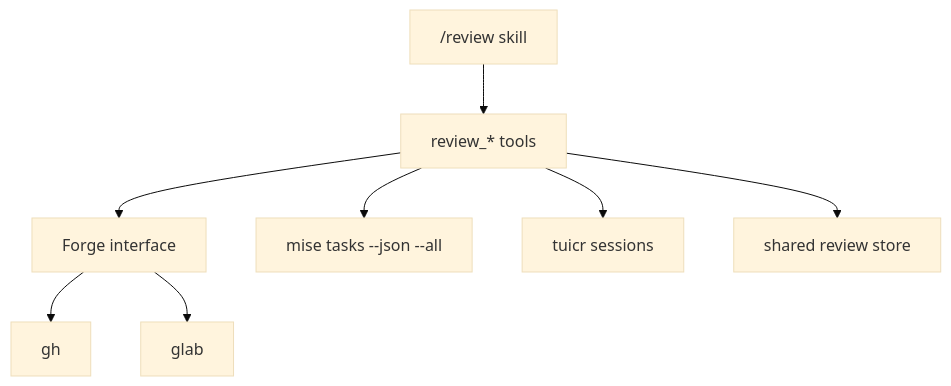
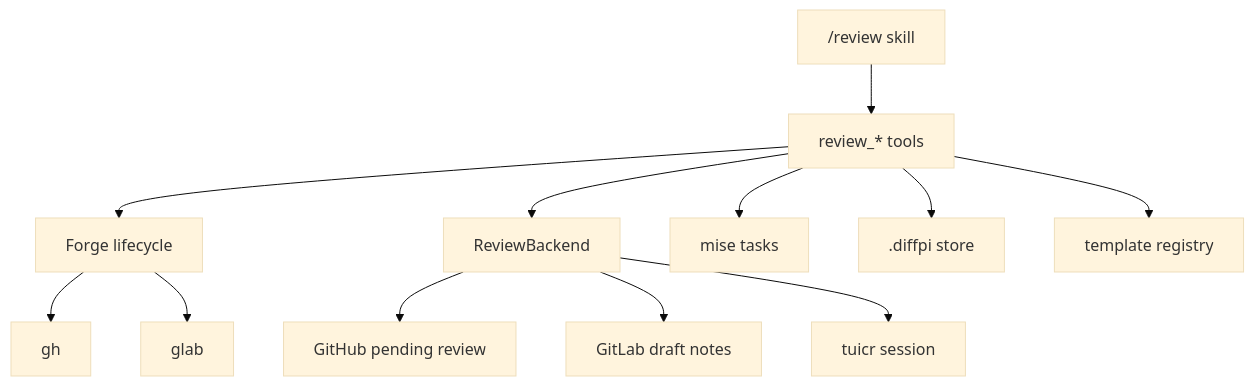
One commit to difflab-io/diffpi changed the diagram in docs/architecture/review.md. Above: the diagram before and after it, drawn with Mermaid (base theme). The commit also changed other lines of this file and 39 other files, not shown here.

````diff
--- a/docs/architecture/review.md
+++ b/docs/architecture/review.md
@@ -27,10 +16,14 @@
 ```mermaid
 graph TD
     Skill["/review skill"] --> Tools["review_* tools"]
-    Tools --> Forge["Forge interface"]
+    Tools --> Forge["Forge lifecycle"]
+    Tools --> Backend["ReviewBackend"]
     Forge --> GitHub["gh"]
     Forge --> GitLab["glab"]
-    Tools --> Gates["mise tasks --json --all"]
-    Tools --> Tuicr["tuicr sessions"]
-    Tools --> Store["shared review store"]
+    Backend --> GitHubReview["GitHub pending review"]
+    Backend --> GitLabReview["GitLab draft notes"]
+    Backend --> Tuicr["tuicr session"]
+    Tools --> Gates["mise tasks"]
+    Tools --> Store[".diffpi store"]
+    Tools --> Templates["template registry"]
 ```
````
